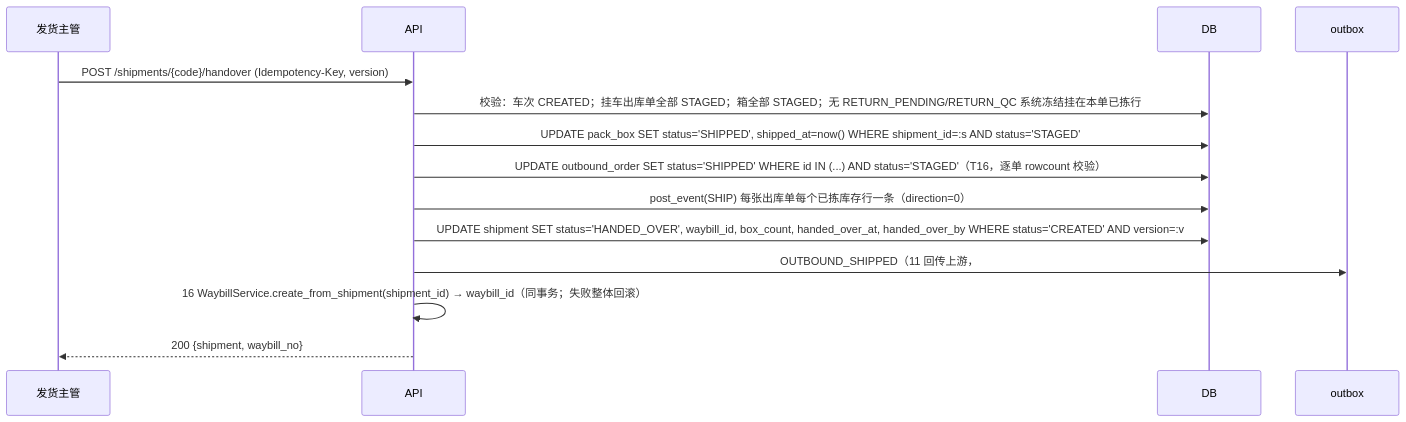
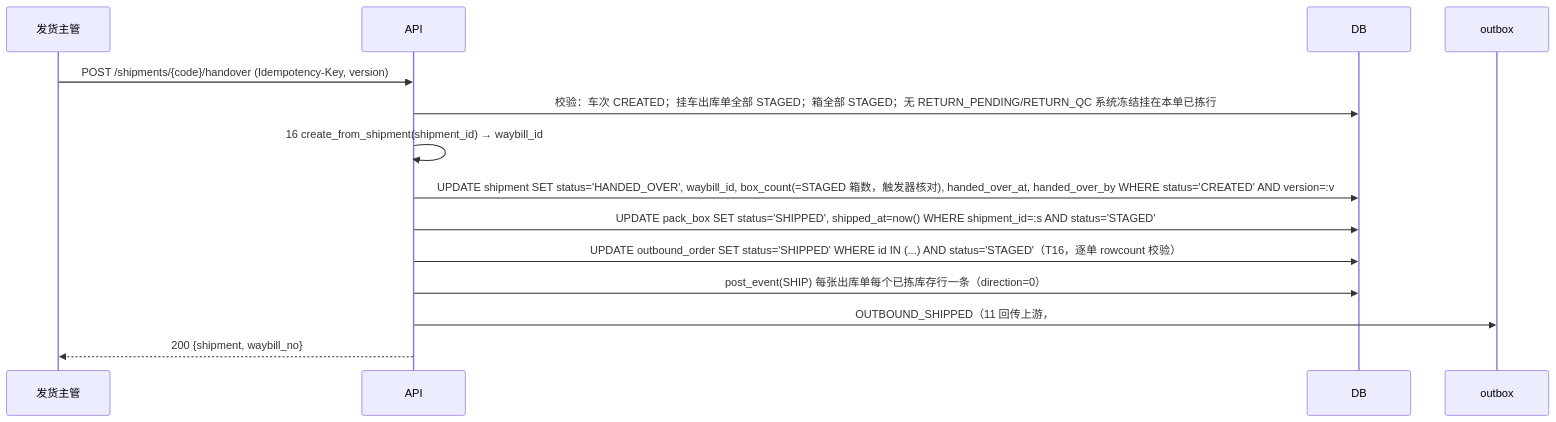
The fifth of 5 diagrams in docs/06-复核装箱发货.md (Akarin7784/fresh-wms), drawn with Mermaid before and after one commit. The commit also changed other lines of this file, not shown here.

Commit message:
docs(06): H1-H6 fixes (check_picker SoD, PASSED guard, seal guard sealer=checker + over-check, shipment/box handover guards, shipment_order uq + guards, box terminal read-only); Q8 box void request; codes 40312/40937/42214 SELL_EXPIRED/42215; 50301 note; Q1/Q2/Q8/Q9/Q12 resolved

````diff
--- a/docs/06-复核装箱发货.md
+++ b/docs/06-复核装箱发货.md
@@ -206,16 +256,16 @@
 ```mermaid
 sequenceDiagram
   participant S as 发货主管
   participant API
   participant DB
   participant O as outbox
   S->>API: POST /shipments/{code}/handover (Idempotency-Key, version)
   API->>DB: 校验：车次 CREATED；挂车出库单全部 STAGED；箱全部 STAGED；无 RETURN_PENDING/RETURN_QC 系统冻结挂在本单已拣行
+  API->>API: 16 create_from_shipment(shipment_id) → waybill_id
+  API->>DB: UPDATE shipment SET status='HANDED_OVER', waybill_id, box_count(=STAGED 箱数，触发器核对), handed_over_at, handed_over_by WHERE status='CREATED' AND version=:v
   API->>DB: UPDATE pack_box SET status='SHIPPED', shipped_at=now() WHERE shipment_id=:s AND status='STAGED'
   API->>DB: UPDATE outbound_order SET status='SHIPPED' WHERE id IN (...) AND status='STAGED'（T16，逐单 rowcount 校验）
   API->>DB: post_event(SHIP) 每张出库单每个已拣库存行一条（direction=0）
-  API->>DB: UPDATE shipment SET status='HANDED_OVER', waybill_id, box_count, handed_over_at, handed_over_by WHERE status='CREATED' AND version=:v
   API->>O: OUTBOUND_SHIPPED（11 回传上游，#6）
-  API->>API: 16 WaybillService.create_from_shipment(shipment_id) → waybill_id（同事务；失败整体回滚）
   API-->>S: 200 {shipment, waybill_no}
 ```
````
